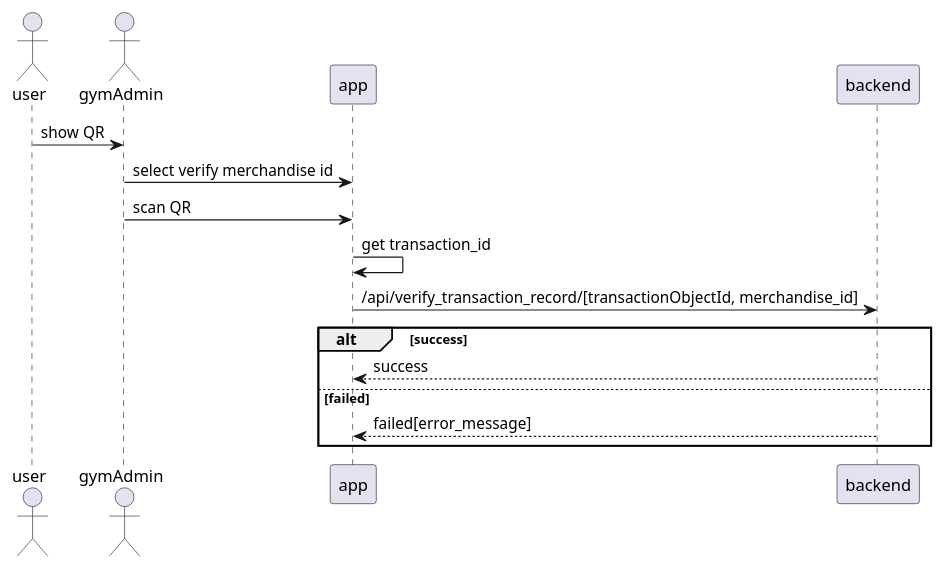
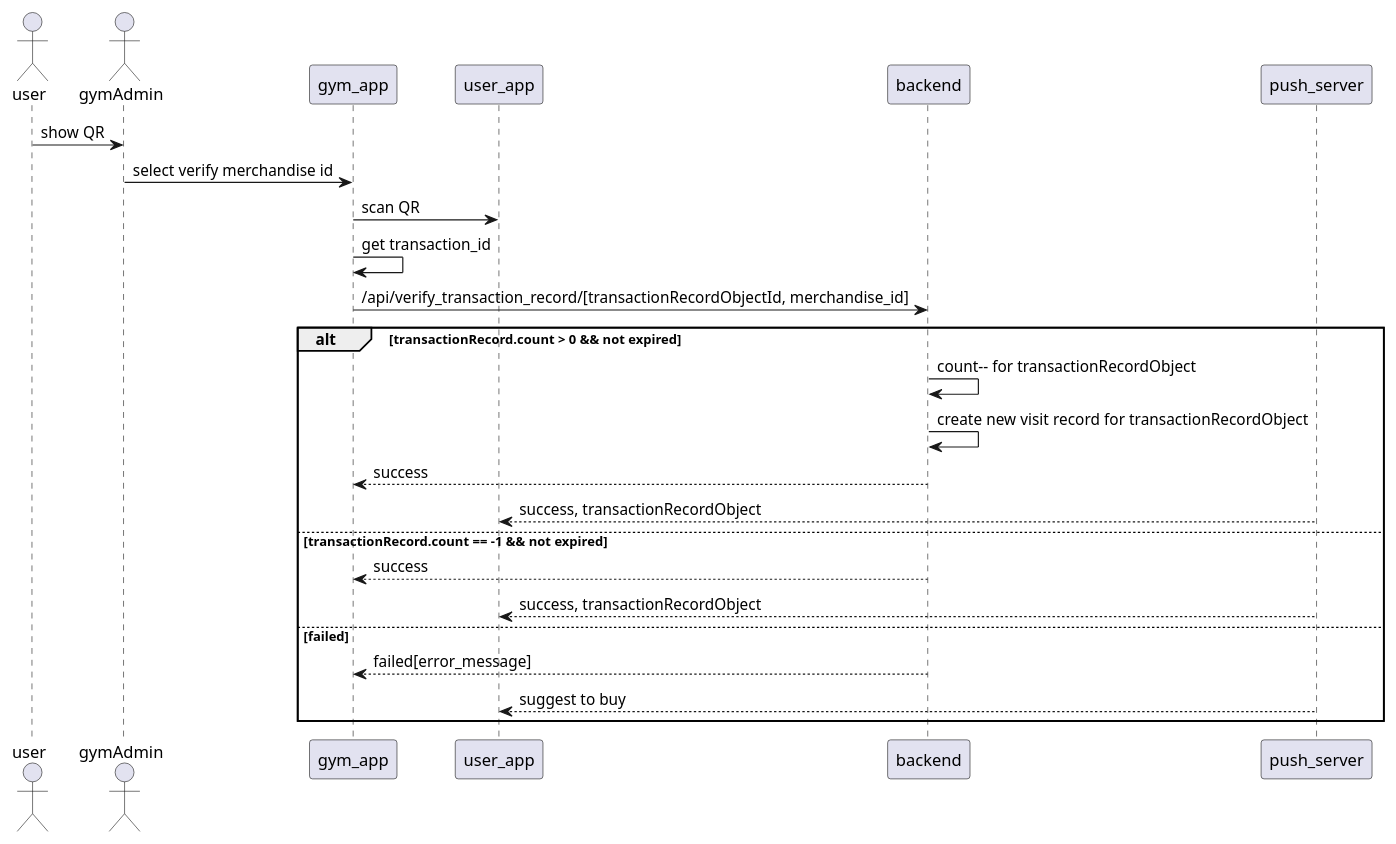
Before and after one commit to zi-yang-zhang/tnt-backend: the diagram in verifyQR.puml, drawn with PlantUML. The commit also changed 6 other files, not shown here.

```diff
--- a/verifyQR.puml
+++ b/verifyQR.puml
@@ -1,14 +1,21 @@
 @startuml
 actor user
 actor gymAdmin
 user -> gymAdmin: show QR
-gymAdmin -> app :select verify merchandise id
-gymAdmin -> app : scan QR
-app -> app: get transaction_id
-app -> backend: /api/verify_transaction_record/[transactionObjectId, merchandise_id]
-alt success
-backend --> app: success
+gymAdmin -> gym_app :select verify merchandise id
+gym_app-> user_app: scan QR
+gym_app -> gym_app: get transaction_id
+gym_app -> backend: /api/verify_transaction_record/[transactionRecordObjectId, merchandise_id]
+alt transactionRecord.count > 0 && not expired
+backend -> backend: count-- for transactionRecordObject
+backend -> backend: create new visit record for transactionRecordObject
+backend --> gym_app: success
+push_server --> user_app: success, transactionRecordObject
+else transactionRecord.count == -1 && not expired
+backend --> gym_app: success
+push_server --> user_app: success, transactionRecordObject
 else failed
-backend --> app: failed[error_message]
+backend --> gym_app: failed[error_message]
+push_server --> user_app: suggest to buy
 end
 @enduml
```
